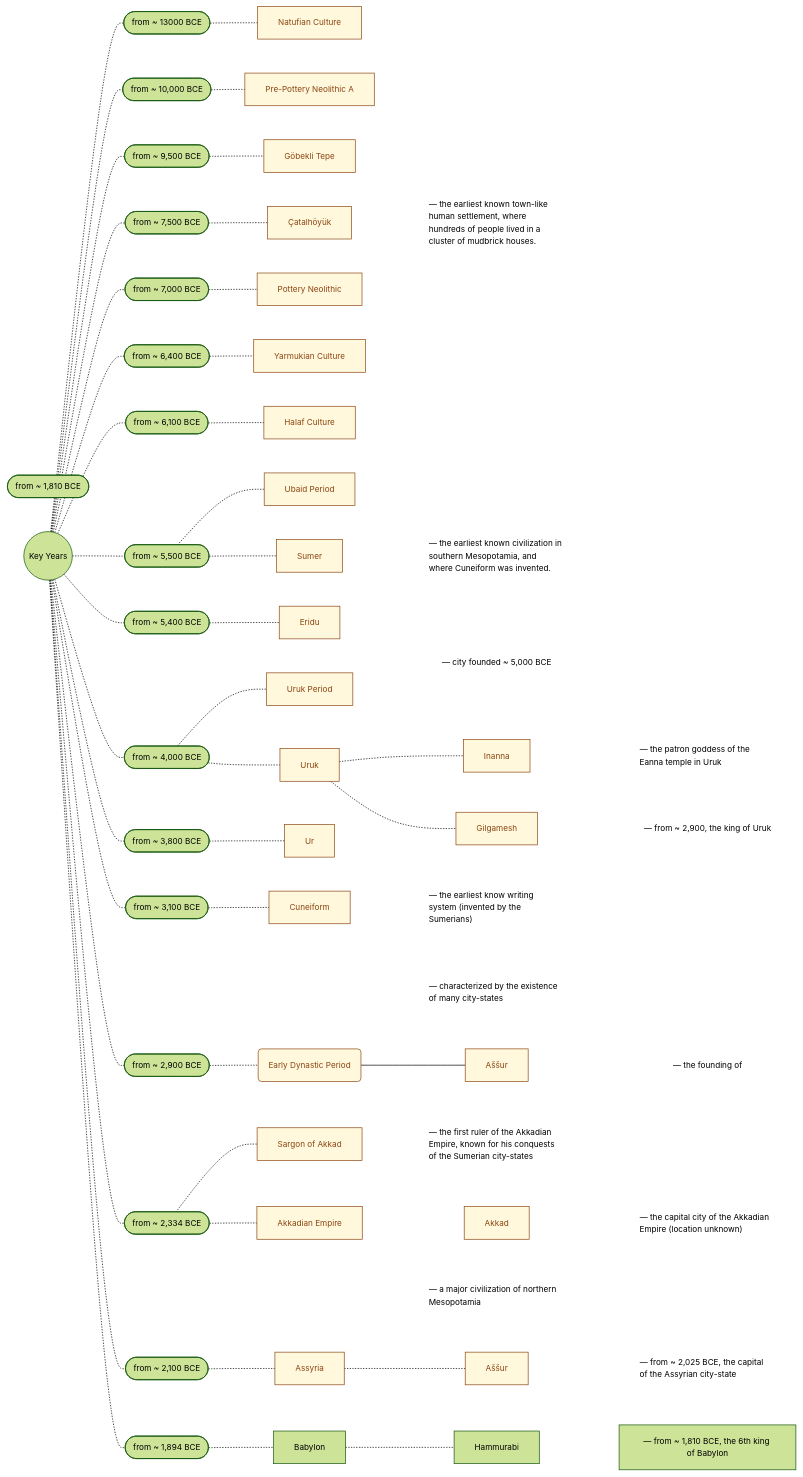
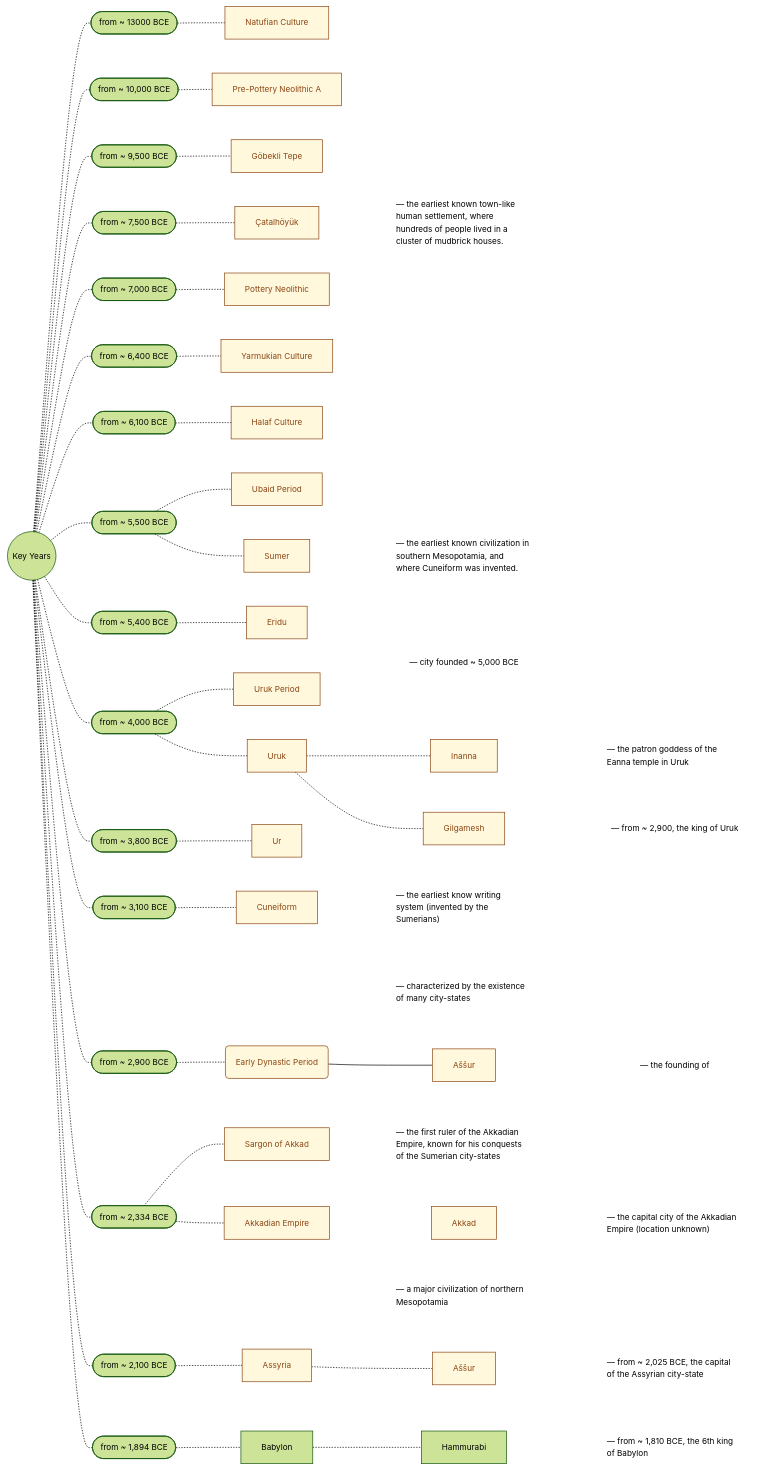
Before and after one commit to joe-dorward/samples: the diagram in mesopotamia_v1.01.md, drawn with Mermaid.

````diff
--- a/mesopotamia_v1.01.md
+++ b/mesopotamia_v1.01.md
@@ -19,7 +19,7 @@
 %%classDef Note fill:cornsilk, stroke:saddlebrown, color:saddlebrown, text-align:left, line-height:150%, margin:0px, padding:0px;
 %%classDef Period fill:linen, stroke:darkred, color:darkred;
 classDef Note fill:cornsilk, stroke:saddlebrown, color:saddlebrown, line-height:150%, margin:0px, padding:0px;
-classDef Summary fill:white, stroke:white, text-align:left
+classDef Summary fill:white, stroke:white, text-align:left;
 
       KEY_YEARS(("Key Years"))
 
@@ -174,11 +174,11 @@
 
     1894([from ~ 1,894 BCE])
       BABYLON[Babylon]
-
-    1810([from ~ 1,810 BCE])
       HAMMURABI[Hammurabi]
       HAMMURABI_NOTE[#151; from ~ 1,810 BCE, the 6th king of Babylon]
 
     KEY_YEARS-.-1894-.-BABYLON
                        BABYLON-.-HAMMURABI~~~HAMMURABI_NOTE
+
+    class HAMMURABI_NOTE Summary
 ```
````
